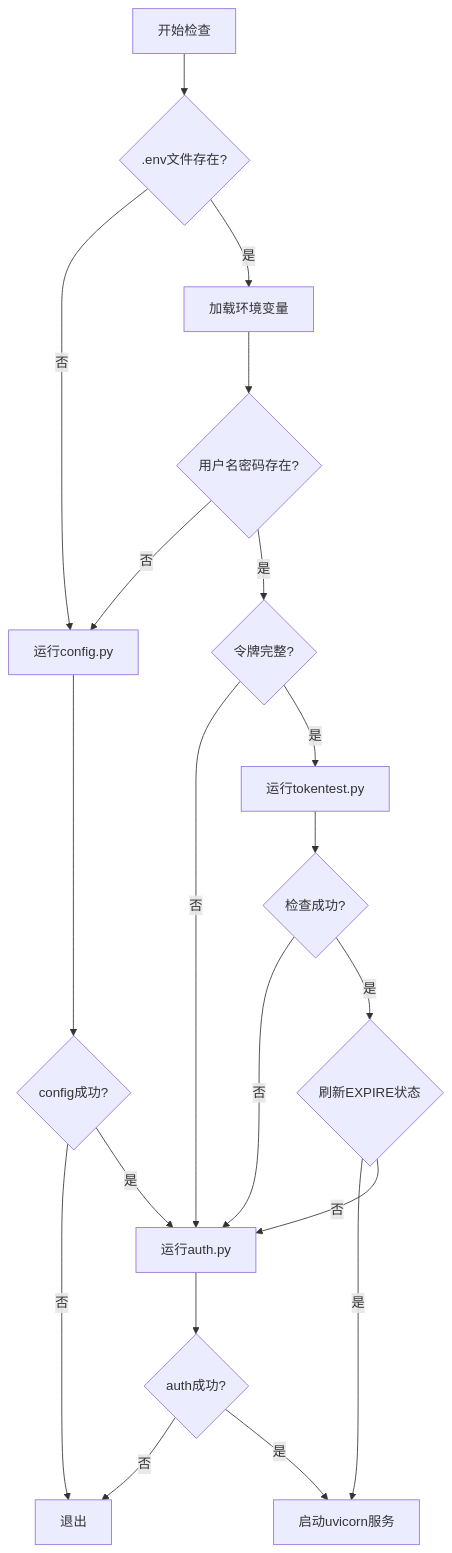
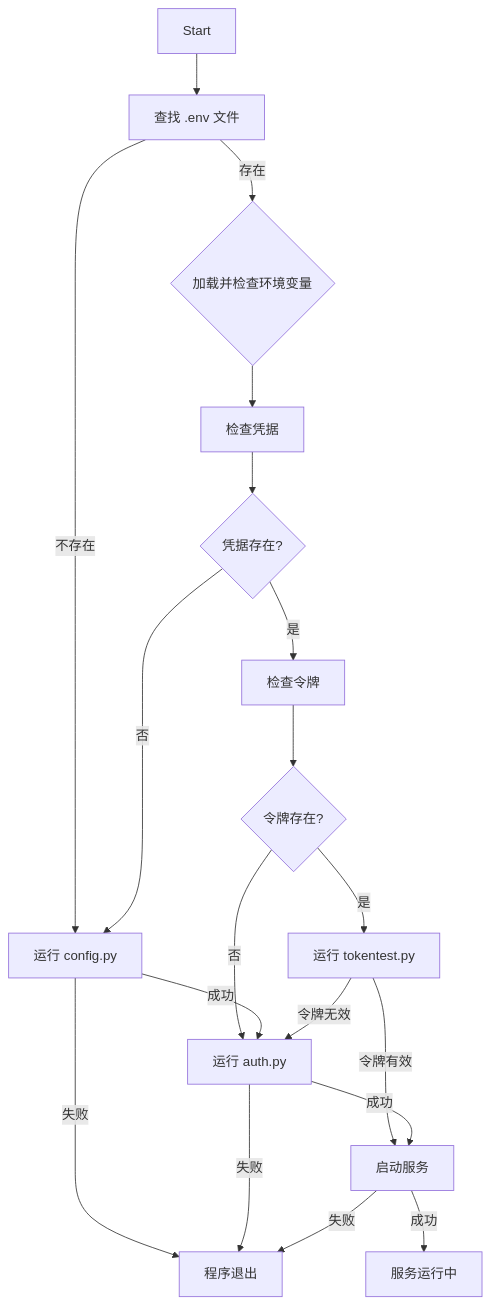
Before and after one commit to sealeelike/XIPUAI-to-openAI-compatible-API: the diagram in README-zh.md, drawn with Mermaid.

````diff
--- a/README-zh.md
+++ b/README-zh.md
@@ -98,30 +98,29 @@
 ```mermaid
 flowchart TD
-    A[开始检查] --> B{.env文件存在?}
+    Start --> A[查找 .env 文件]
+
+    A -- 不存在 --> C[运行 config.py]
+    A -- 存在 --> B{加载并检查环境变量}
+    B --> B1
+
+    B1[检查凭据] --> B2{凭据存在?}
+    B2 -- 否 --> C
+    B2 -- 是 --> B3[检查令牌]
+    B3 --> B4{令牌存在?}
+    B4 -- 否 --> D[运行 auth.py]
+    B4 -- 是 --> E[运行 tokentest.py]
+
+
+    C -- 成功 --> D
     
-    B -->|否| C[运行config.py]
-    B -->|是| D[加载环境变量]
+    E -- 令牌有效 --> F[启动服务]
+    E -- 令牌无效 --> D
+
+    D -- 成功 --> F
     
-    D --> E{用户名密码存在?}
-    E -->|否| C
-    E -->|是| F{令牌完整?}
-    
-    F -->|否| G[运行auth.py]
-    F -->|是| H[运行tokentest.py]
-    
-    H --> I{检查成功?}
-    I -->|否| G
-    I -->|是| J{刷新EXPIRE状态}
-    
-    J -->|是| K[启动uvicorn服务]
-    J -->|否| G
-    
-    C --> L{config成功?}
-    L -->|否| M[退出]
-    L -->|是| G
-    
-    G --> N{auth成功?}
-    N -->|否| M
-    N -->|是| K
+    C -- 失败 --> Z[程序退出]
+    D -- 失败 --> Z
+    F -- 失败 --> Z
 
+    F -- 成功 --> H[服务运行中]
 ```
````
